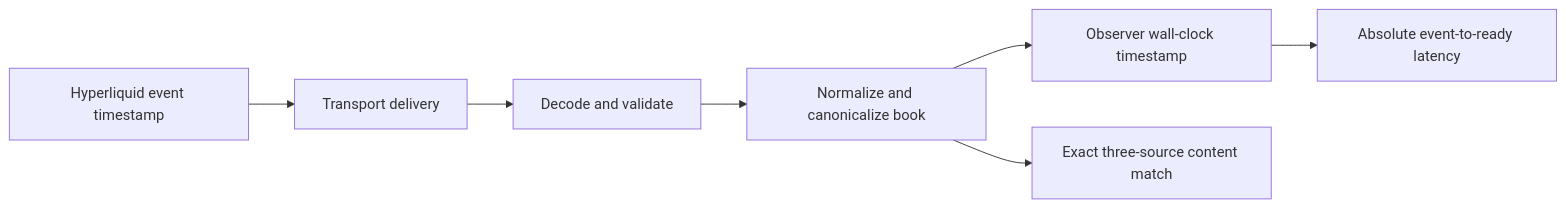
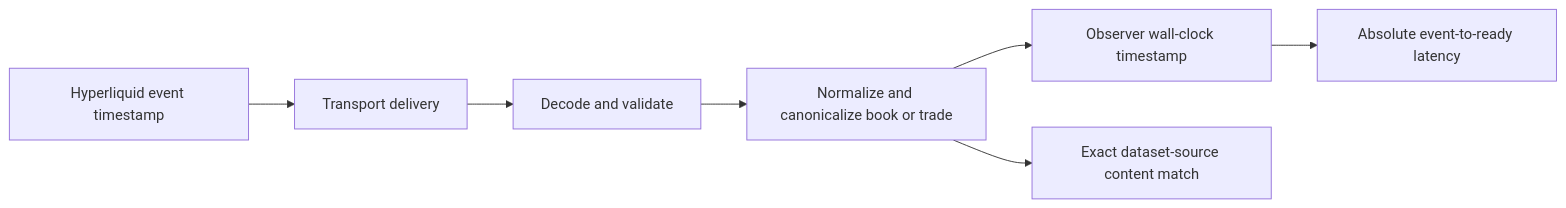
One commit to quiknode-labs/hyperliquid-market-benchmark changed the diagram in docs/METHODOLOGY.md. Above: the diagram before and after it, drawn with Mermaid. The commit also changed other lines of this file and 12 other files, not shown here.

````diff
--- a/docs/METHODOLOGY.md
+++ b/docs/METHODOLOGY.md
@@ -13,9 +15,9 @@
 ```mermaid
 flowchart LR
     E["Hyperliquid event timestamp"] --> T["Transport delivery"]
     T --> D["Decode and validate"]
-    D --> C["Normalize and canonicalize book"]
+    D --> C["Normalize and canonicalize book or trade"]
     C --> R["Observer wall-clock timestamp"]
     R --> L["Absolute event-to-ready latency"]
-    C --> M["Exact three-source content match"]
+    C --> M["Exact dataset-source content match"]
 ```
````
